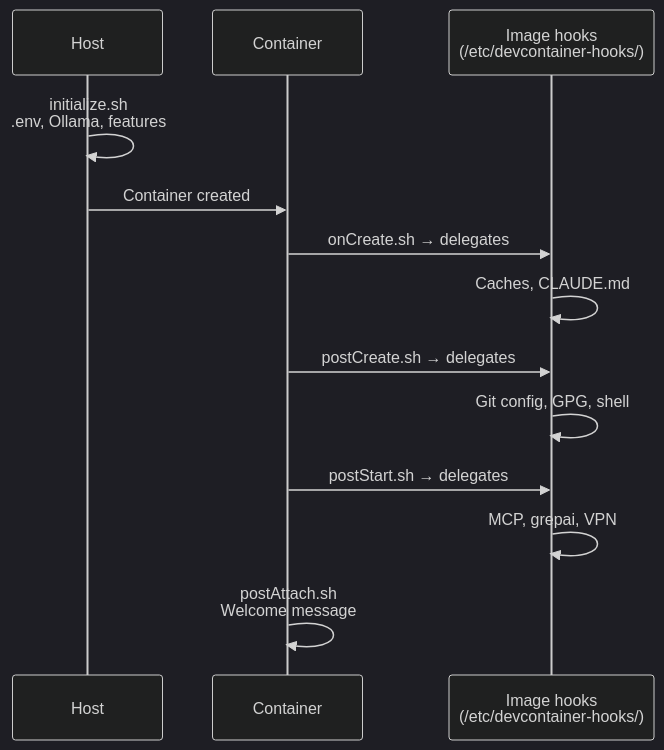
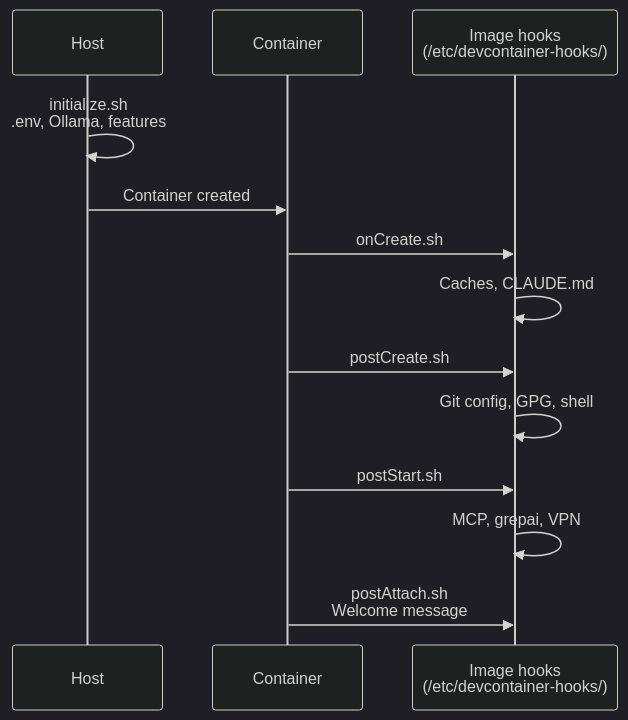
One commit to kodflow/devcontainer-template changed the diagram in docs/automation/README.md. Above: the diagram before and after it, drawn with Mermaid. The commit also changed other lines of this file and 32 other files, not shown here.

````diff
--- a/docs/automation/README.md
+++ b/docs/automation/README.md
@@ -43,23 +43,23 @@
 ```mermaid
 %%{init: {'theme': 'dark', 'themeVariables': {
   'primaryColor': '#9D76FB1a',
   'primaryBorderColor': '#9D76FB',
   'primaryTextColor': '#d4d8e0',
   'lineColor': '#d4d8e0',
   'textColor': '#d4d8e0'
 }}}%%
 sequenceDiagram
     participant H as Host
     participant C as Container
     participant I as Image hooks<br/>(/etc/devcontainer-hooks/)
 
     H->>H: initialize.sh<br/>.env, Ollama, features
     H->>C: Container created
-    C->>I: onCreate.sh → delegates
+    C->>I: onCreate.sh
     I->>I: Caches, CLAUDE.md
-    C->>I: postCreate.sh → delegates
+    C->>I: postCreate.sh
     I->>I: Git config, GPG, shell
-    C->>I: postStart.sh → delegates
+    C->>I: postStart.sh
     I->>I: MCP, grepai, VPN
-    C->>C: postAttach.sh<br/>Welcome message
+    C->>I: postAttach.sh<br/>Welcome message
 ```
````
